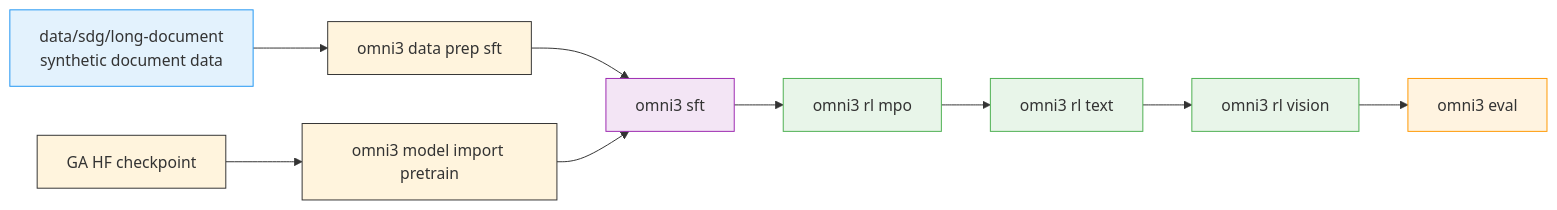
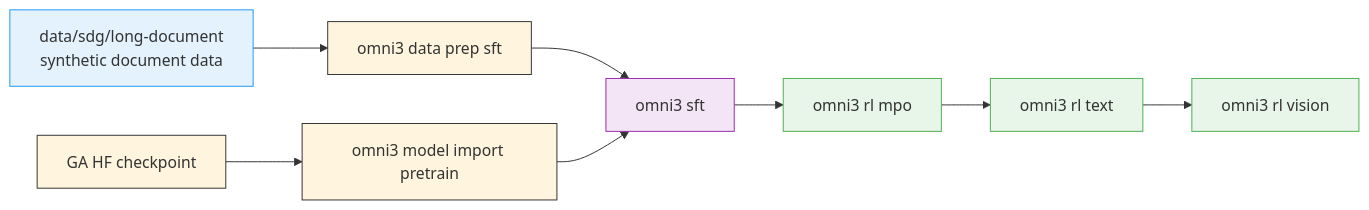
One commit to NVIDIA-NeMo/Nemotron changed the diagram in docs/nemotron/omni3/README.md. Above: the diagram before and after it, drawn with Mermaid. The commit also changed other lines of this file and 13 other files, not shown here.

````diff
--- a/docs/nemotron/omni3/README.md
+++ b/docs/nemotron/omni3/README.md
@@ -179,19 +175,17 @@
 ```mermaid
 %%{init: {'theme': 'base', 'themeVariables': { 'primaryBorderColor': '#333333', 'lineColor': '#333333', 'primaryTextColor': '#333333', 'clusterBkg': '#ffffff', 'clusterBorder': '#333333'}}}%%
 flowchart LR
     sdg["data/sdg/long-document<br/>synthetic document data"] --> prep["omni3 data prep sft"]
     ga["GA HF checkpoint"] --> import["omni3 model import pretrain"]
     prep --> sft["omni3 sft"]
     import --> sft
     sft --> mpo["omni3 rl mpo"]
     mpo --> text["omni3 rl text"]
     text --> vision["omni3 rl vision"]
-    vision --> eval["omni3 eval"]
 
     style sdg fill:#e3f2fd,stroke:#2196f3
     style sft fill:#f3e5f5,stroke:#9c27b0
     style mpo fill:#e8f5e9,stroke:#4caf50
     style text fill:#e8f5e9,stroke:#4caf50
     style vision fill:#e8f5e9,stroke:#4caf50
-    style eval fill:#fff3e0,stroke:#ff9800
 ```
````
